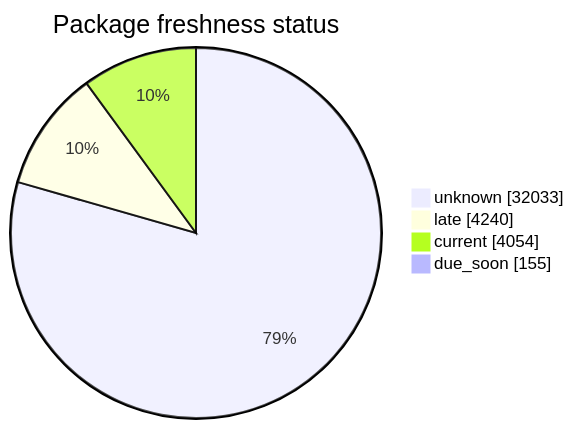
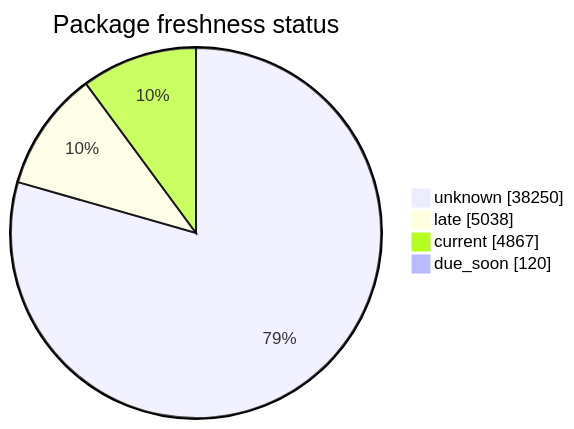
Before and after one commit to open-data/analytics-corporate-reporting: the second of 5 diagrams in FreshCheck/README.md, drawn with Mermaid. The commit also changed other lines of this file and 3 other files, not shown here.

````diff
--- a/FreshCheck/README.md
+++ b/FreshCheck/README.md
@@ -68,7 +68,7 @@
 ```mermaid
 pie showData title Package freshness status
-    "unknown": 32033
-    "late": 4240
-    "current": 4054
-    "due_soon": 155
+    "unknown": 38250
+    "late": 5038
+    "current": 4867
+    "due_soon": 120
 ```
````
